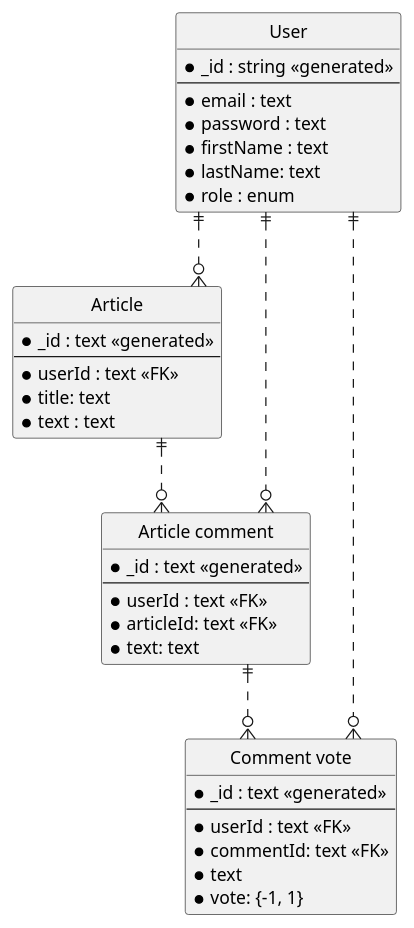
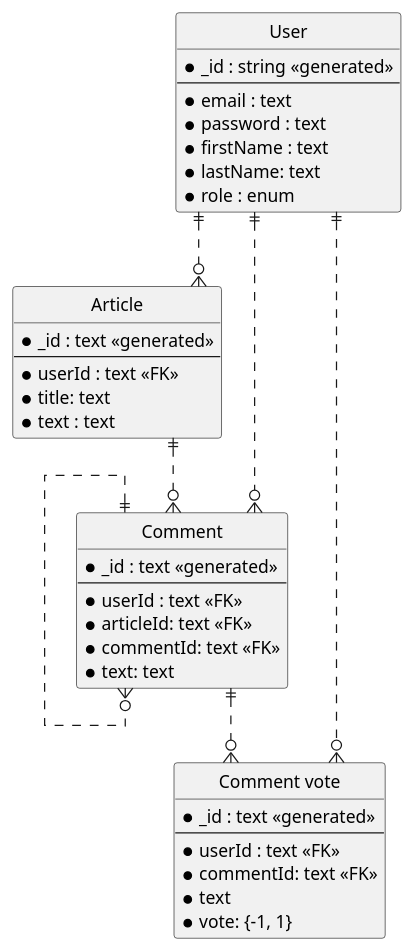
Before and after one commit to rastislavkopal/applift-blog-app: the diagram in backend/uml_design/er_diagram.puml, drawn with PlantUML. The commit also changed 9 other files, not shown here.

```diff
--- a/backend/uml_design/er_diagram.puml
+++ b/backend/uml_design/er_diagram.puml
@@ -1,50 +1,52 @@
 @startuml Entity relations
 ' hide the spot
 hide circle
 
 ' avoid problems with angled crows feet
 skinparam linetype ortho
 
 entity "User" as user {
   *_id : string <<generated>>
   --
   *email : text
   *password : text
   *firstName : text
   *lastName: text
   *role : enum
 }
 
 entity "Article" as article {
   *_id : text <<generated>>
   --
   *userId : text <<FK>>
   *title: text
   *text : text
 }
 
 
-entity "Article comment" as comment {
+entity "Comment" as comment {
   *_id : text <<generated>>
   --
   *userId : text <<FK>>
   *articleId: text <<FK>>
+  *commentId: text <<FK>>
   *text: text
 }
 
 Entity "Comment vote" as vote {
   *_id : text <<generated>>
   --
   *userId : text <<FK>>
   *commentId: text <<FK>>
   *text
   *vote: {-1, 1}
 }
 
 user ||..o{ article
 user ||..o{ comment
 article ||..o{ comment
 comment ||..o{ vote
+comment ||..o{ comment
 user ||..o{ vote
 
 @enduml
```
